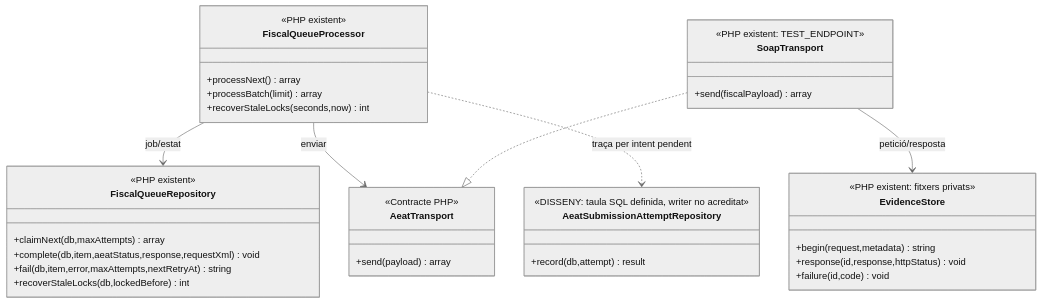
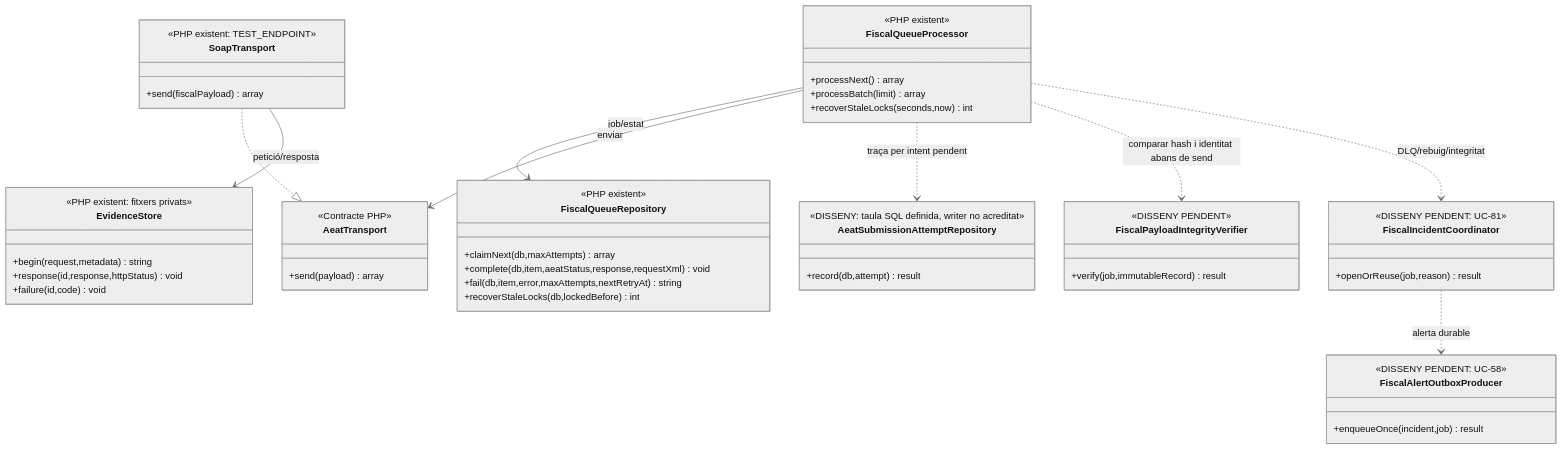
One commit to orgmeriemprismacat-del/verifactu changed the second of 3 diagrams in documentacio/07-uml-integrat/uc-077-operar-enviament-aeat-retry-dead-letter.md. Above: the diagram before and after it, drawn with Mermaid (neutral theme). The commit also changed other lines of this file, not shown here.

Commit message:
docs(UC-77): especificar integritat de payload, DLQ, congelació i seqüència verificable

````diff
--- a/documentacio/07-uml-integrat/uc-077-operar-enviament-aeat-retry-dead-letter.md
+++ b/documentacio/07-uml-integrat/uc-077-operar-enviament-aeat-retry-dead-letter.md
@@ -78,39 +78,54 @@
 ```mermaid
 classDiagram
 class FiscalQueueProcessor {
  <<PHP existent>>
  +processNext() array
  +processBatch(limit) array
  +recoverStaleLocks(seconds,now) int
 }
 class FiscalQueueRepository {
  <<PHP existent>>
  +claimNext(db,maxAttempts) array
  +complete(db,item,aeatStatus,response,requestXml) void
  +fail(db,item,error,maxAttempts,nextRetryAt) string
  +recoverStaleLocks(db,lockedBefore) int
 }
 class AeatTransport {
  <<Contracte PHP>>
  +send(payload) array
 }
 class SoapTransport {
  <<PHP existent: TEST_ENDPOINT>>
  +send(fiscalPayload) array
 }
 class EvidenceStore {
  <<PHP existent: fitxers privats>>
  +begin(request,metadata) string
  +response(id,response,httpStatus) void
  +failure(id,code) void
 }
 class AeatSubmissionAttemptRepository {
  <<DISSENY: taula SQL definida, writer no acreditat>>
  +record(db,attempt) result
 }
 FiscalQueueProcessor --> FiscalQueueRepository : job/estat
 FiscalQueueProcessor --> AeatTransport : enviar
 SoapTransport ..|> AeatTransport
 SoapTransport --> EvidenceStore : petició/resposta
 FiscalQueueProcessor ..> AeatSubmissionAttemptRepository : traça per intent pendent
+class FiscalPayloadIntegrityVerifier {
+ <<DISSENY PENDENT>>
+ +verify(job,immutableRecord) result
+}
+class FiscalIncidentCoordinator {
+ <<DISSENY PENDENT: UC-81>>
+ +openOrReuse(job,reason) result
+}
+class FiscalAlertOutboxProducer {
+ <<DISSENY PENDENT: UC-58>>
+ +enqueueOnce(incident,job) result
+}
+FiscalQueueProcessor ..> FiscalPayloadIntegrityVerifier : comparar hash i identitat abans de send
+FiscalQueueProcessor ..> FiscalIncidentCoordinator : DLQ/rebuig/integritat
+FiscalIncidentCoordinator ..> FiscalAlertOutboxProducer : alerta durable
 ```
````
